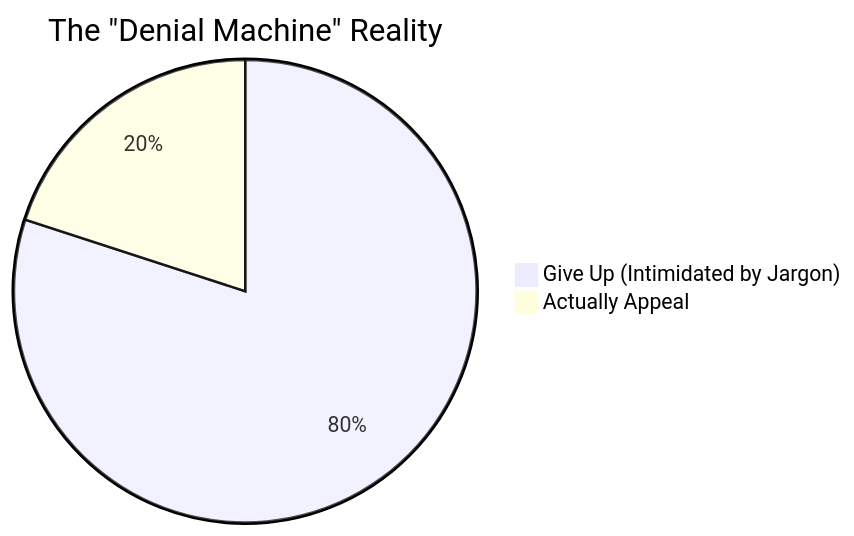
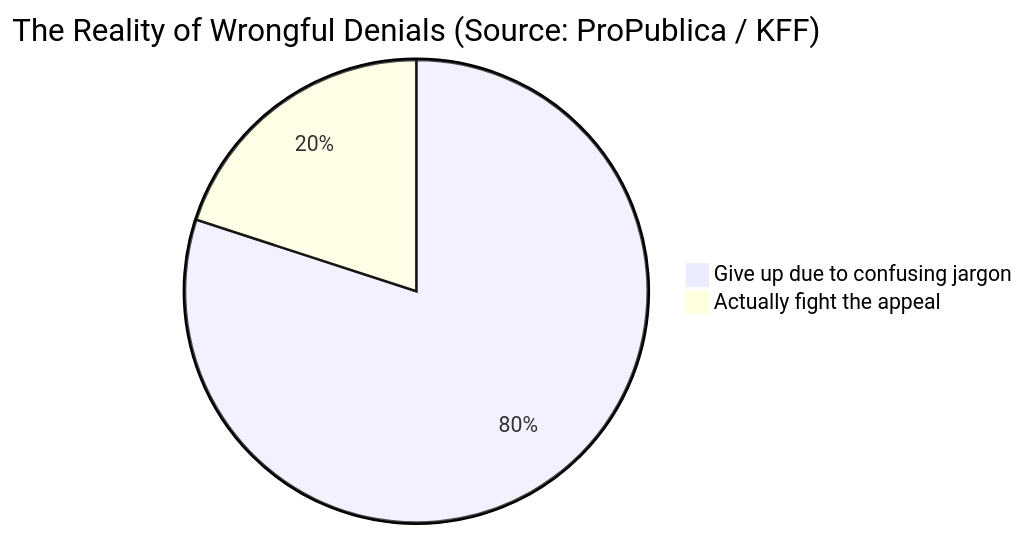
The first of 2 diagrams in README.md (Iceman-Dann/UnDenied), drawn with Mermaid before and after one commit. The commit also changed other lines of this file, not shown here.

````diff
--- a/README.md
+++ b/README.md
@@ -65,5 +57,5 @@
 ```mermaid
-pie title The "Denial Machine" Reality
-    "Give Up (Intimidated by Jargon)" : 80
-    "Actually Appeal" : 20
+pie title The Reality of Wrongful Denials (Source: ProPublica / KFF)
+    "Give up due to confusing jargon" : 80
+    "Actually fight the appeal" : 20
 ```
````
